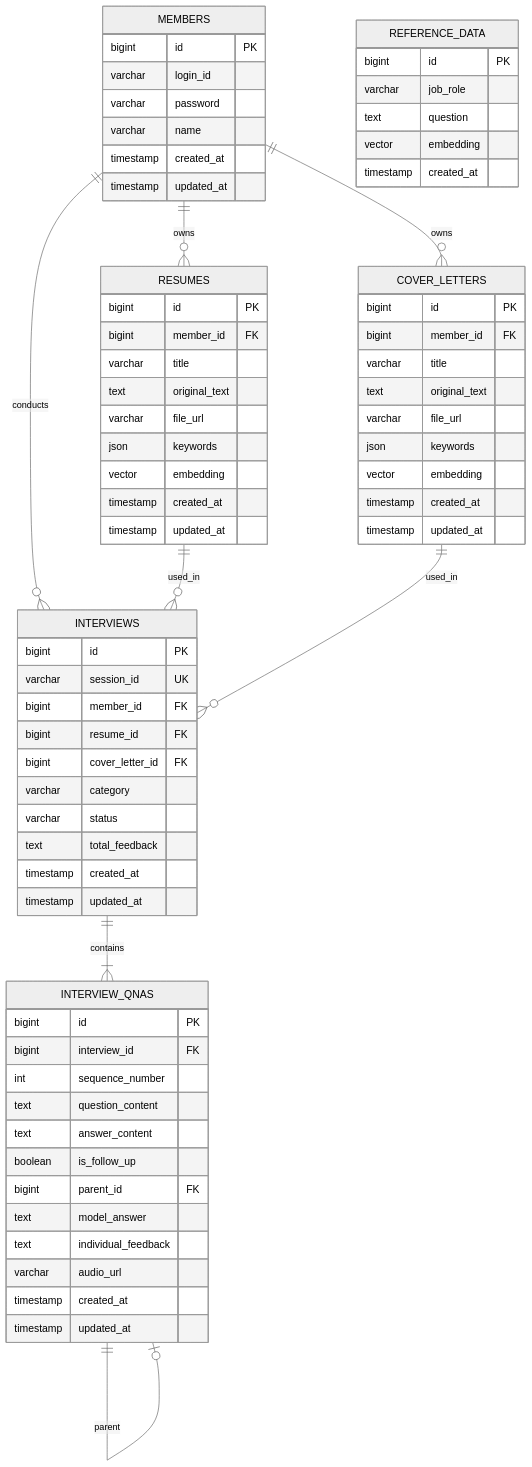
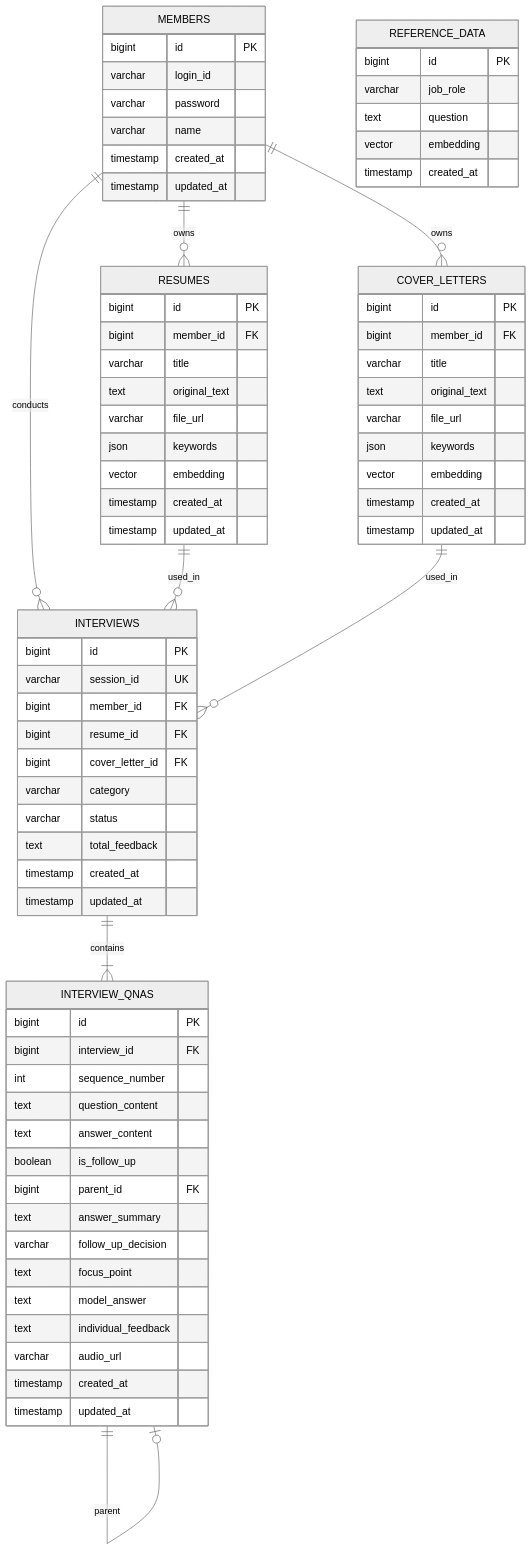
The third of 3 diagrams in design.md (kookmin-sw/2026-capstone-60), drawn with Mermaid (neutral theme) before and after one commit. The commit also changed other lines of this file, not shown here.

````diff
--- a/design.md
+++ b/design.md
@@ -274,79 +274,82 @@
 ```mermaid
 erDiagram
     MEMBERS ||--o{ RESUMES : owns
     MEMBERS ||--o{ COVER_LETTERS : owns
     MEMBERS ||--o{ INTERVIEWS : conducts
     RESUMES ||--o{ INTERVIEWS : used_in
     COVER_LETTERS ||--o{ INTERVIEWS : used_in
     INTERVIEWS ||--|{ INTERVIEW_QNAS : contains
     INTERVIEW_QNAS ||--o| INTERVIEW_QNAS : parent
 
     MEMBERS {
         bigint id PK
         varchar login_id
         varchar password
         varchar name
         timestamp created_at
         timestamp updated_at
     }
 
     RESUMES {
         bigint id PK
         bigint member_id FK
         varchar title
         text original_text
         varchar file_url
         json keywords
         vector embedding
         timestamp created_at
         timestamp updated_at
     }
 
     COVER_LETTERS {
         bigint id PK
         bigint member_id FK
         varchar title
         text original_text
         varchar file_url
         json keywords
         vector embedding
         timestamp created_at
         timestamp updated_at
     }
 
     INTERVIEWS {
         bigint id PK
         varchar session_id UK
         bigint member_id FK
         bigint resume_id FK
         bigint cover_letter_id FK
         varchar category
         varchar status
         text total_feedback
         timestamp created_at
         timestamp updated_at
     }
 
     INTERVIEW_QNAS {
         bigint id PK
         bigint interview_id FK
         int sequence_number
         text question_content
         text answer_content
         boolean is_follow_up
         bigint parent_id FK
+        text answer_summary
+        varchar follow_up_decision
+        text focus_point
         text model_answer
         text individual_feedback
         varchar audio_url
         timestamp created_at
         timestamp updated_at
     }
 
     REFERENCE_DATA {
         bigint id PK
         varchar job_role
         text question
         vector embedding
         timestamp created_at
     }
 ```
````
